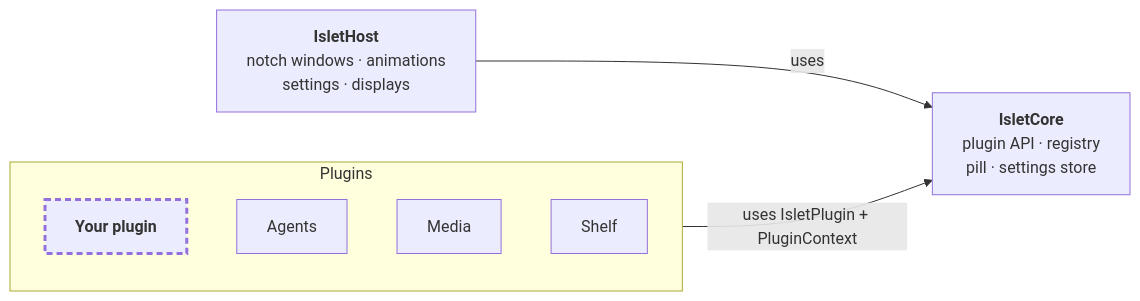
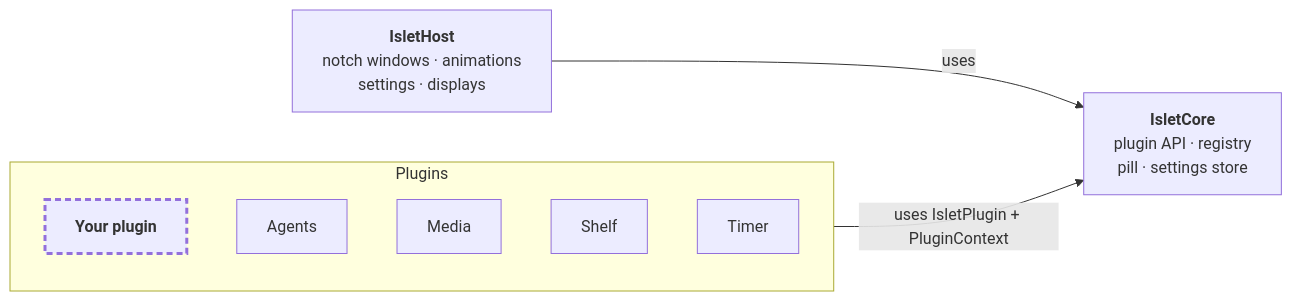
One commit to MariSchn/Islet changed the diagram in README.md. Above: the diagram before and after it, drawn with Mermaid. The commit also changed other lines of this file and 12 other files, not shown here.

````diff
--- a/README.md
+++ b/README.md
@@ -192,15 +199,16 @@
 ```mermaid
 flowchart LR
     subgraph plugins["Plugins"]
         direction TB
         yours["<b>Your plugin</b>"]
         agents["Agents"]
         media["Media"]
         shelf["Shelf"]
+        timer["Timer"]
     end
     core["<b>IsletCore</b><br/>plugin API · registry<br/>pill · settings store"]
     host["<b>IsletHost</b><br/>notch windows · animations<br/>settings · displays"]
     plugins -->|"uses IsletPlugin + PluginContext"| core
     host -->|uses| core
     style yours stroke-width:3px,stroke-dasharray:6 4
 ```
````
